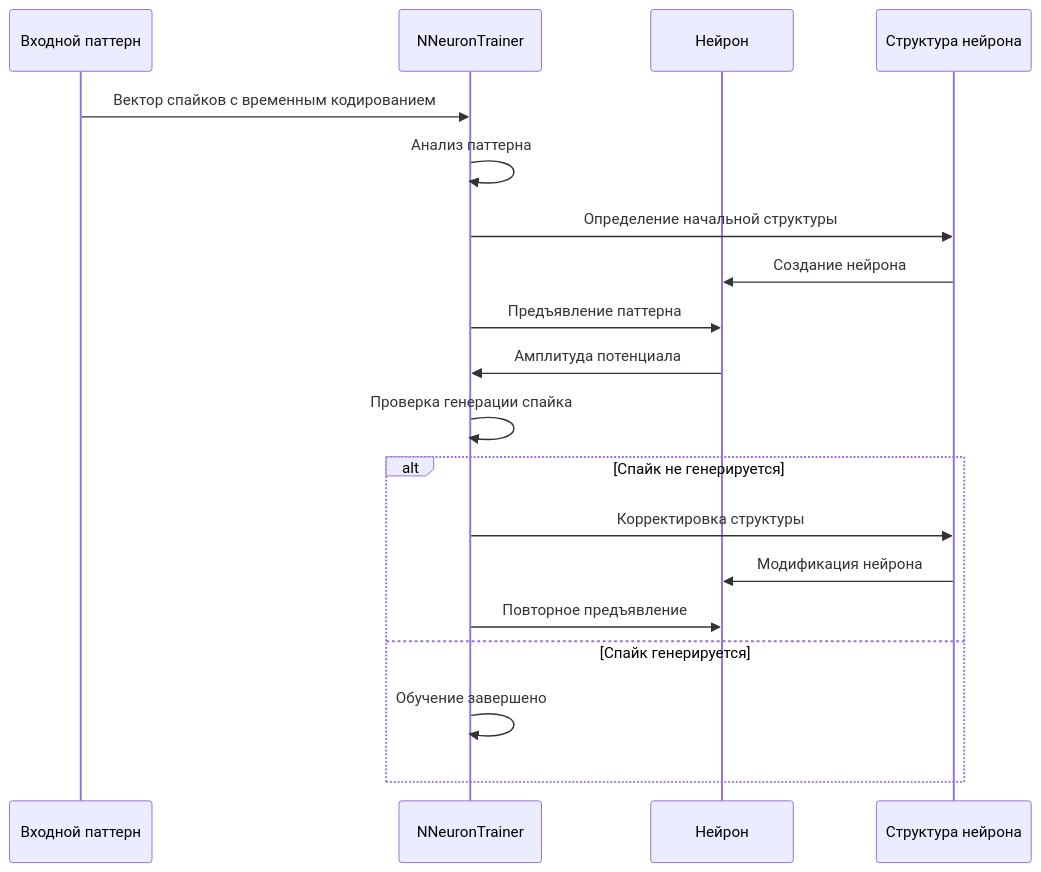
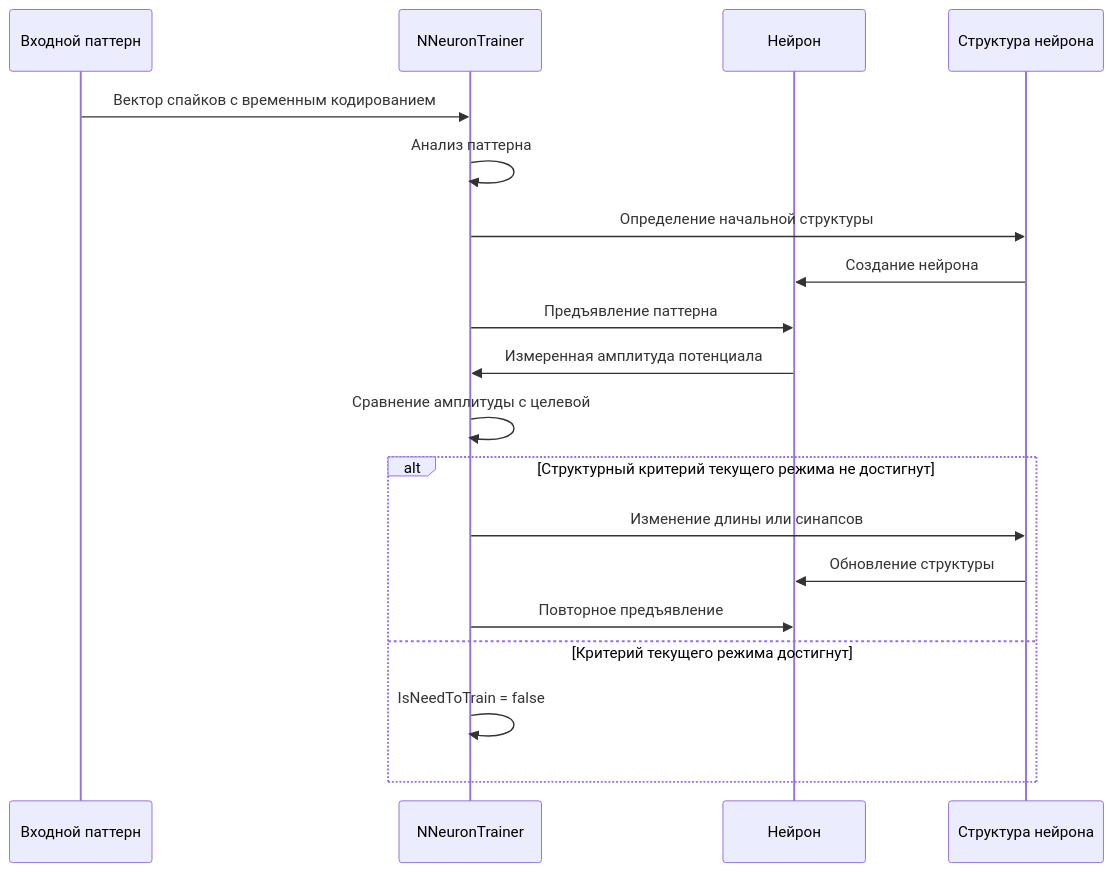
The second of 4 diagrams in Docs/SpikeSamples/StructuralAdaptation.md (aicommunity/Nmsdk-Bin), drawn with Mermaid before and after one commit. The commit also changed other lines of this file and 134 other files, not shown here.

````diff
--- a/Docs/SpikeSamples/StructuralAdaptation.md
+++ b/Docs/SpikeSamples/StructuralAdaptation.md
@@ -179,22 +181,22 @@
 ```mermaid
 sequenceDiagram
     participant Input as Входной паттерн
     participant Trainer as NNeuronTrainer
     participant Neuron as Нейрон
     participant Structure as Структура нейрона
 
     Input->>Trainer: Вектор спайков с временным кодированием
     Trainer->>Trainer: Анализ паттерна
     Trainer->>Structure: Определение начальной структуры
     Structure->>Neuron: Создание нейрона
     Trainer->>Neuron: Предъявление паттерна
-    Neuron->>Trainer: Амплитуда потенциала
-    Trainer->>Trainer: Проверка генерации спайка
-    alt Спайк не генерируется
-        Trainer->>Structure: Корректировка структуры
-        Structure->>Neuron: Модификация нейрона
+    Neuron->>Trainer: Измеренная амплитуда потенциала
+    Trainer->>Trainer: Сравнение амплитуды с целевой
+    alt Структурный критерий текущего режима не достигнут
+        Trainer->>Structure: Изменение длины или синапсов
+        Structure->>Neuron: Обновление структуры
         Trainer->>Neuron: Повторное предъявление
-    else Спайк генерируется
-        Trainer->>Trainer: Обучение завершено
+    else Критерий текущего режима достигнут
+        Trainer->>Trainer: IsNeedToTrain = false
     end
 ```
````
